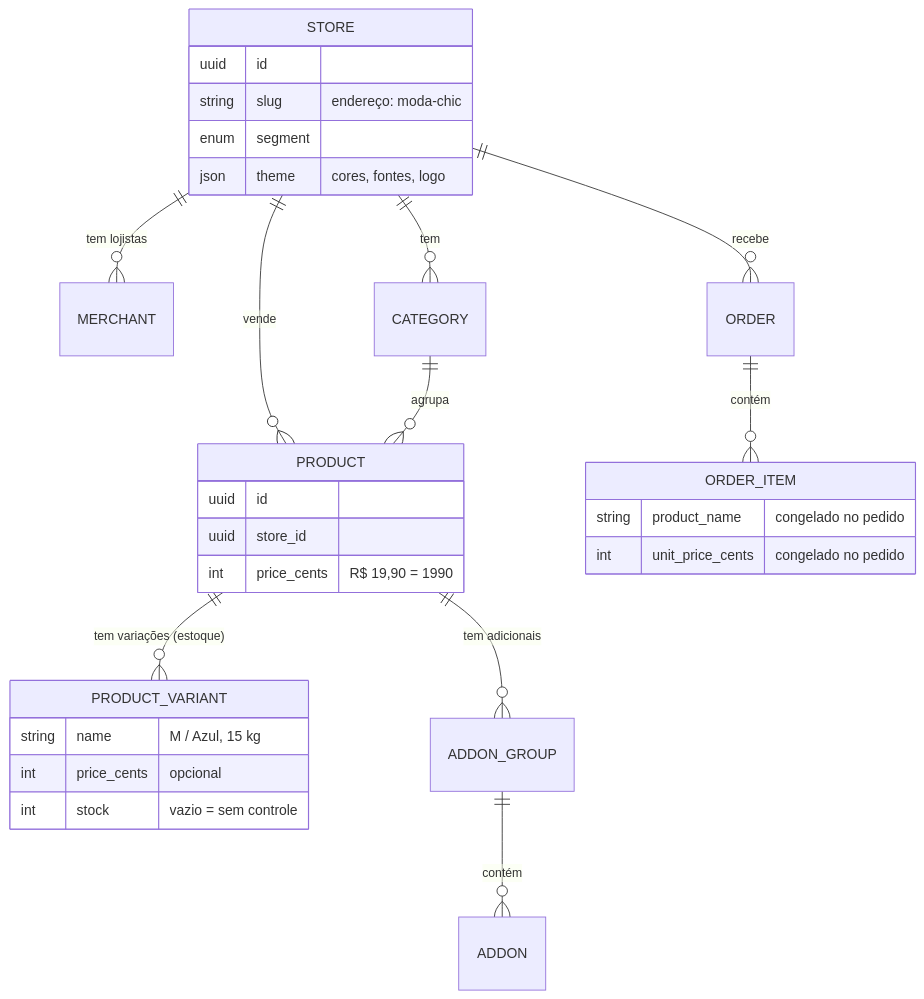
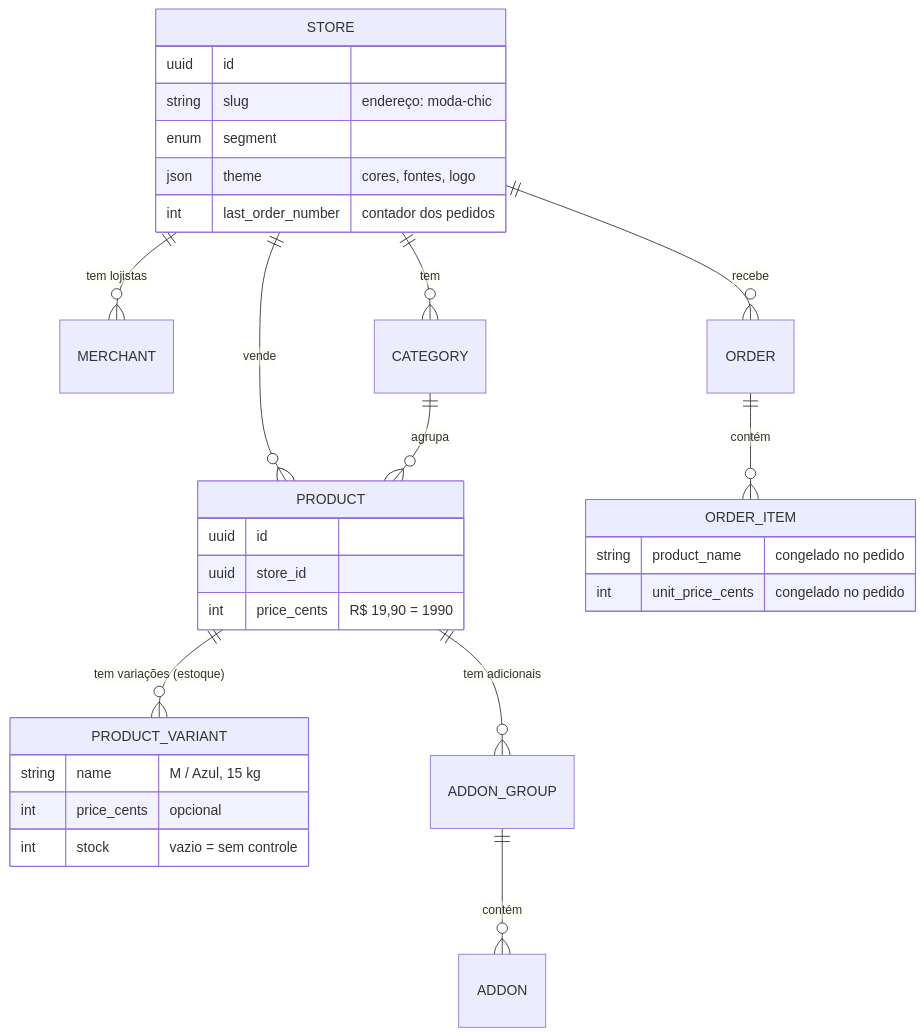
The diagram in README.md (fernando-pablo/pertim-shop), drawn with Mermaid before and after one commit. The commit also changed other lines of this file and 61 other files, not shown here.

````diff
--- a/README.md
+++ b/README.md
@@ -74,33 +105,34 @@
 ```mermaid
 erDiagram
     STORE ||--o{ MERCHANT : "tem lojistas"
     STORE ||--o{ CATEGORY : "tem"
     STORE ||--o{ PRODUCT : "vende"
     STORE ||--o{ ORDER : "recebe"
     CATEGORY ||--o{ PRODUCT : "agrupa"
     PRODUCT ||--o{ PRODUCT_VARIANT : "tem variações (estoque)"
     PRODUCT ||--o{ ADDON_GROUP : "tem adicionais"
     ADDON_GROUP ||--o{ ADDON : "contém"
     ORDER ||--o{ ORDER_ITEM : "contém"
 
     STORE {
         uuid id
         string slug "endereço: moda-chic"
         enum segment
         json theme "cores, fontes, logo"
+        int last_order_number "contador dos pedidos"
     }
     PRODUCT {
         uuid id
         uuid store_id
         int price_cents "R$ 19,90 = 1990"
     }
     PRODUCT_VARIANT {
         string name "M / Azul, 15 kg"
         int price_cents "opcional"
         int stock "vazio = sem controle"
     }
     ORDER_ITEM {
         string product_name "congelado no pedido"
         int unit_price_cents "congelado no pedido"
     }
 ```
````
